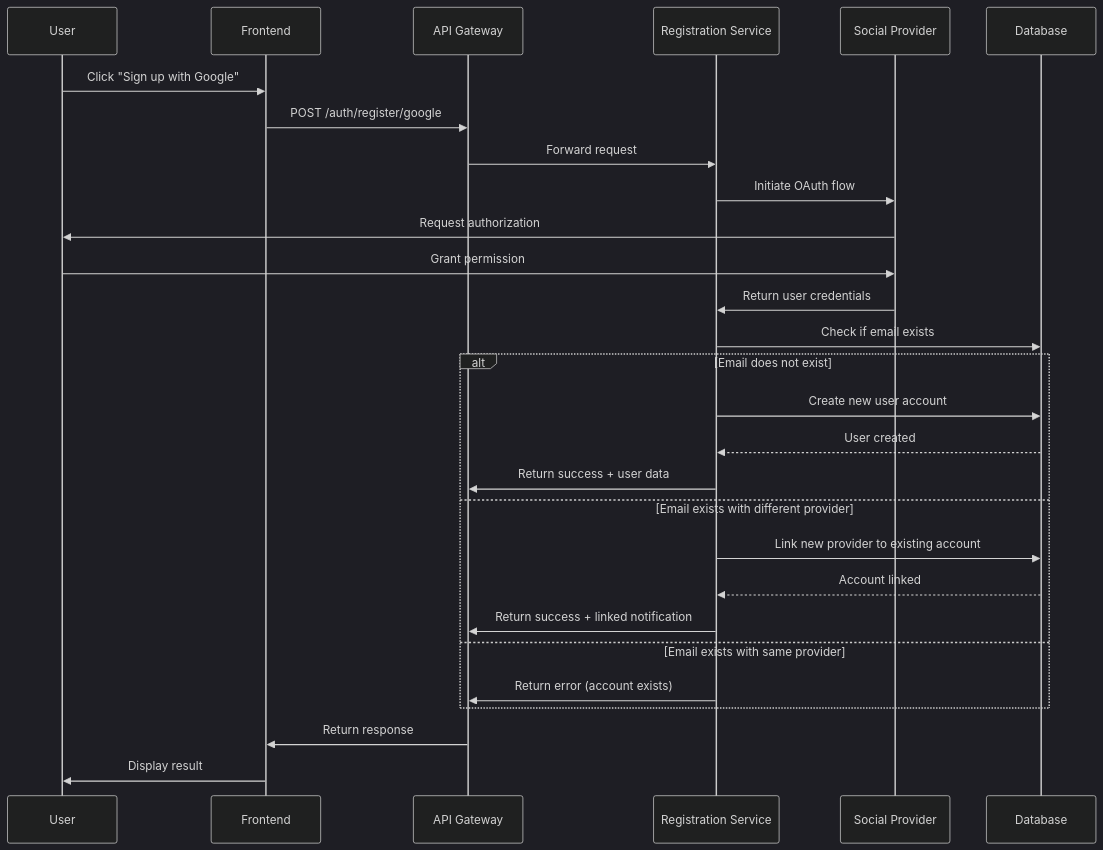
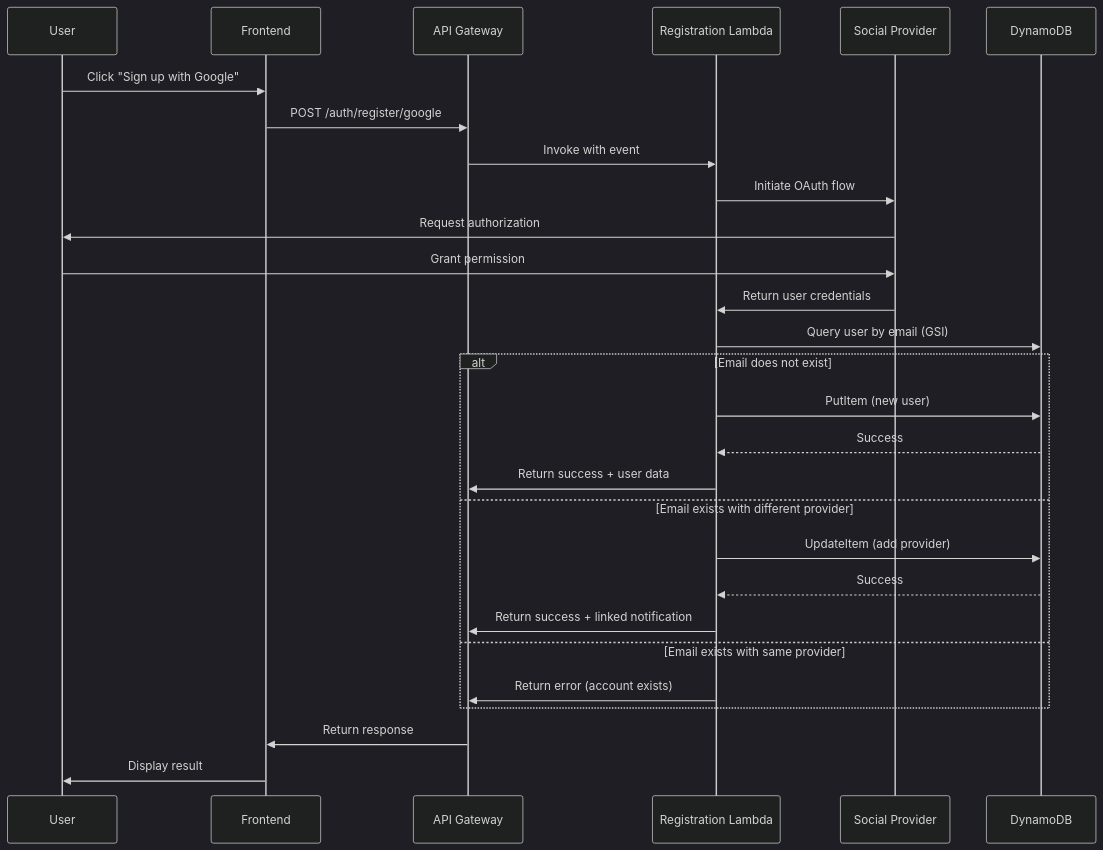
Before and after one commit to sdronava/yomite: the second of 3 diagrams in .kiro/specs/user-registration-service/design.md, drawn with Mermaid (dark theme). The commit also changed other lines of this file and 9 other files, not shown here.

First line of the commit message:
Consolidate to serverless design as primary architecture

````diff
--- a/.kiro/specs/user-registration-service/design.md
+++ b/.kiro/specs/user-registration-service/design.md
@@ -82,33 +151,33 @@
 ```mermaid
 sequenceDiagram
     participant User
     participant Frontend
     participant API Gateway
-    participant Registration Service
+    participant Registration Lambda
     participant Social Provider
-    participant Database
+    participant DynamoDB
     
     User->>Frontend: Click "Sign up with Google"
     Frontend->>API Gateway: POST /auth/register/google
-    API Gateway->>Registration Service: Forward request
-    Registration Service->>Social Provider: Initiate OAuth flow
+    API Gateway->>Registration Lambda: Invoke with event
+    Registration Lambda->>Social Provider: Initiate OAuth flow
     Social Provider->>User: Request authorization
     User->>Social Provider: Grant permission
-    Social Provider->>Registration Service: Return user credentials
-    Registration Service->>Database: Check if email exists
+    Social Provider->>Registration Lambda: Return user credentials
+    Registration Lambda->>DynamoDB: Query user by email (GSI)
     
     alt Email does not exist
-        Registration Service->>Database: Create new user account
-        Database-->>Registration Service: User created
-        Registration Service->>API Gateway: Return success + user data
+        Registration Lambda->>DynamoDB: PutItem (new user)
+        DynamoDB-->>Registration Lambda: Success
+        Registration Lambda->>API Gateway: Return success + user data
     else Email exists with different provider
-        Registration Service->>Database: Link new provider to existing account
-        Database-->>Registration Service: Account linked
-        Registration Service->>API Gateway: Return success + linked notification
+        Registration Lambda->>DynamoDB: UpdateItem (add provider)
+        DynamoDB-->>Registration Lambda: Success
+        Registration Lambda->>API Gateway: Return success + linked notification
     else Email exists with same provider
-        Registration Service->>API Gateway: Return error (account exists)
+        Registration Lambda->>API Gateway: Return error (account exists)
     end
     
     API Gateway->>Frontend: Return response
     Frontend->>User: Display result
 ```
````
